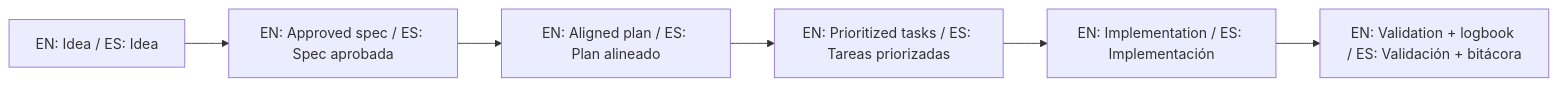
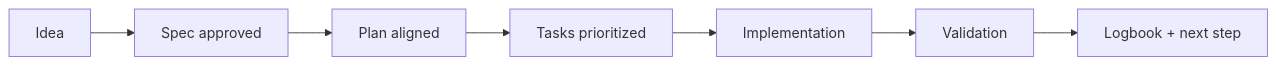
Before and after one commit to juanklagos/spec-driven-development-template: the diagram in AI_START_HERE.md, drawn with Mermaid. The commit also changed other lines of this file, not shown here.

````diff
--- a/AI_START_HERE.md
+++ b/AI_START_HERE.md
@@ -132,8 +210,9 @@
 ```mermaid
 flowchart LR
-  A["EN: Idea / ES: Idea"] --> B["EN: Approved spec / ES: Spec aprobada"]
-  B --> C["EN: Aligned plan / ES: Plan alineado"]
-  C --> D["EN: Prioritized tasks / ES: Tareas priorizadas"]
-  D --> E["EN: Implementation / ES: Implementación"]
-  E --> F["EN: Validation + logbook / ES: Validación + bitácora"]
+  A["Idea"] --> B["Spec approved"]
+  B --> C["Plan aligned"]
+  C --> D["Tasks prioritized"]
+  D --> E["Implementation"]
+  E --> F["Validation"]
+  F --> G["Logbook + next step"]
 ```
````
